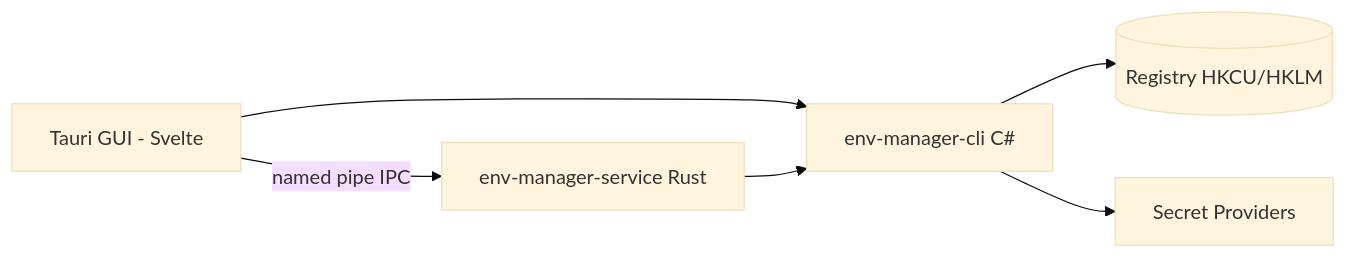
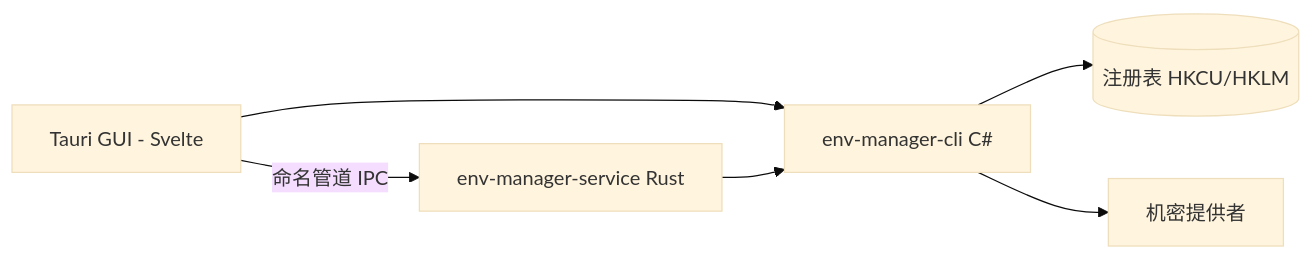
The diagram in docs/i18n/README.zh_CN.md (Xxx91n/env-manager), drawn with Mermaid (base theme) before and after one commit. The commit also changed other lines of this file, not shown here.

````diff
--- a/docs/i18n/README.zh_CN.md
+++ b/docs/i18n/README.zh_CN.md
@@ -152,8 +150,8 @@
 ```mermaid
 flowchart LR
-    GUI[Tauri GUI - Svelte] -->|named pipe IPC| SVC[env-manager-service Rust]
+    GUI[Tauri GUI - Svelte] -->|命名管道 IPC| SVC[env-manager-service Rust]
     GUI --> CLI[env-manager-cli C#]
     SVC --> CLI
-    CLI --> REG[(Registry HKCU/HKLM)]
-    CLI --> SEC[Secret Providers]
+    CLI --> REG[(注册表 HKCU/HKLM)]
+    CLI --> SEC[机密提供者]
 ```
````
